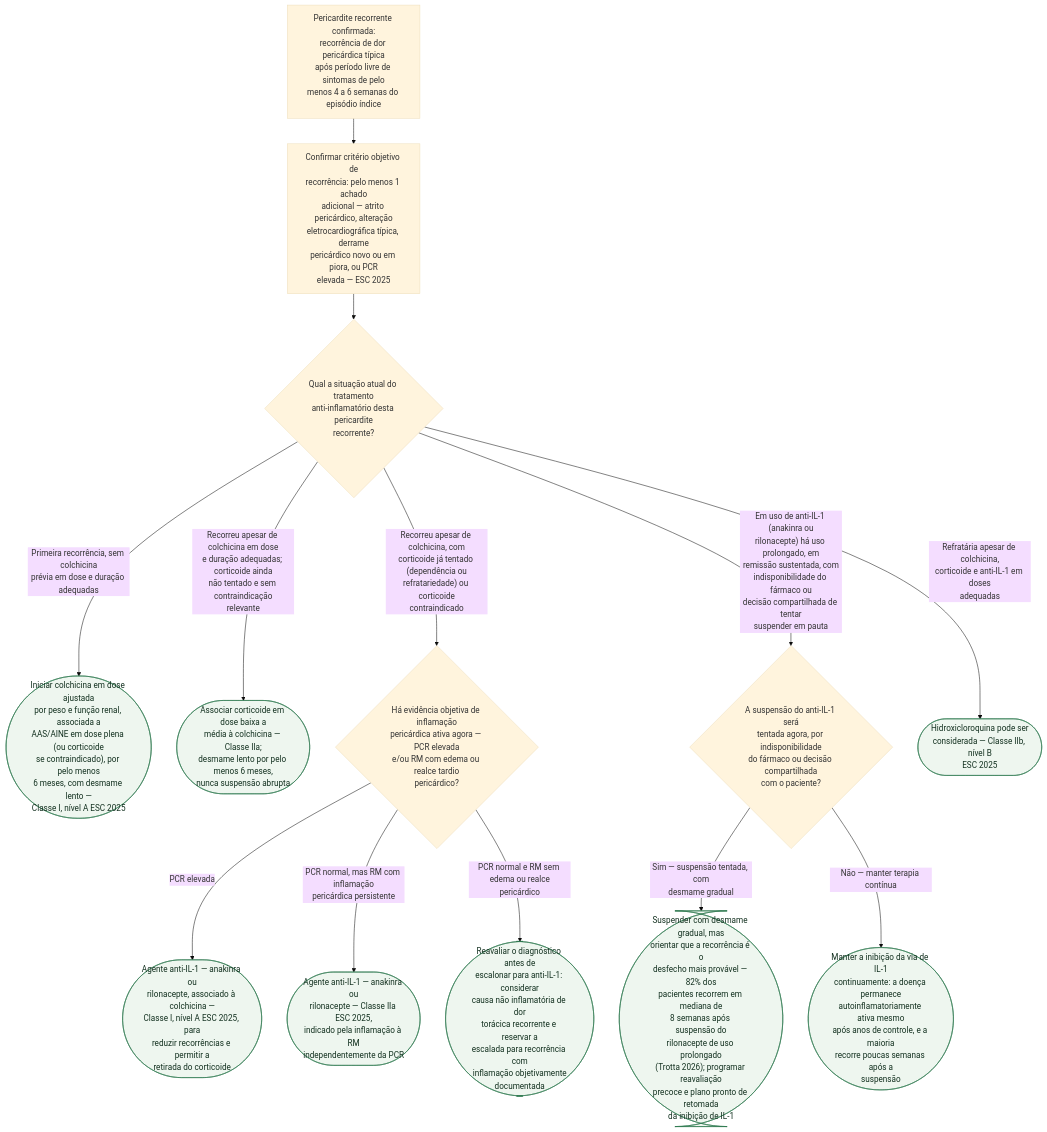
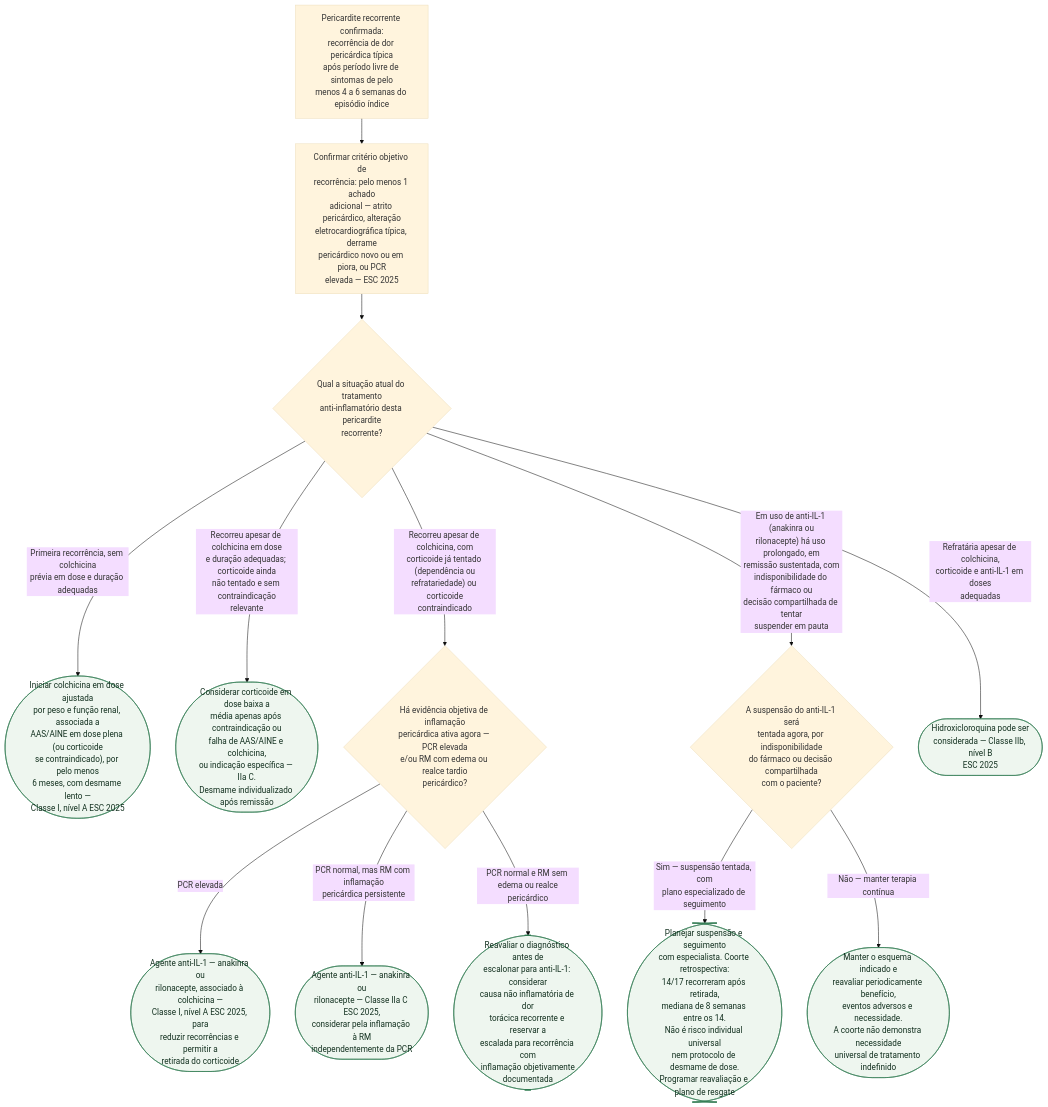
The diagram in content/Pericárdio/fluxograma-pericardite-recorrente-refrataria-escalonamento-terapeutico.md (rafaelpaesmeirelles/MeuCardio), drawn with Mermaid (base theme) before and after one commit. The commit also changed other lines of this file and 30 other files, not shown here.

````diff
--- a/content/Pericárdio/fluxograma-pericardite-recorrente-refrataria-escalonamento-terapeutico.md
+++ b/content/Pericárdio/fluxograma-pericardite-recorrente-refrataria-escalonamento-terapeutico.md
@@ -27,29 +18,29 @@
 ```mermaid
 flowchart TD
   R0["Pericardite recorrente confirmada:<br/>recorrência de dor pericárdica típica<br/>após período livre de sintomas de pelo<br/>menos 4 a 6 semanas do episódio índice"] --> P1["Confirmar critério objetivo de<br/>recorrência: pelo menos 1 achado<br/>adicional — atrito pericárdico, alteração<br/>eletrocardiográfica típica, derrame<br/>pericárdico novo ou em piora, ou PCR<br/>elevada — ESC 2025"]
 
   P1 --> D1{"Qual a situação atual do tratamento<br/>anti-inflamatório desta pericardite<br/>recorrente?"}
 
   D1 -->|"Primeira recorrência, sem colchicina<br/>prévia em dose e duração adequadas"| C1(["Iniciar colchicina em dose ajustada<br/>por peso e função renal, associada a<br/>AAS/AINE em dose plena (ou corticoide<br/>se contraindicado), por pelo menos<br/>6 meses, com desmame lento —<br/>Classe I, nível A ESC 2025"])
 
-  D1 -->|"Recorreu apesar de colchicina em dose<br/>e duração adequadas; corticoide ainda<br/>não tentado e sem contraindicação<br/>relevante"| C2(["Associar corticoide em dose baixa a<br/>média à colchicina — Classe IIa;<br/>desmame lento por pelo menos 6 meses,<br/>nunca suspensão abrupta"])
+  D1 -->|"Recorreu apesar de colchicina em dose<br/>e duração adequadas; corticoide ainda<br/>não tentado e sem contraindicação<br/>relevante"| C2(["Considerar corticoide em dose baixa a<br/>média apenas após contraindicação ou<br/>falha de AAS/AINE e colchicina,<br/>ou indicação específica — IIa C.<br/>Desmame individualizado após remissão"])
 
   D1 -->|"Recorreu apesar de colchicina, com<br/>corticoide já tentado (dependência ou<br/>refratariedade) ou corticoide<br/>contraindicado"| D2{"Há evidência objetiva de inflamação<br/>pericárdica ativa agora — PCR elevada<br/>e/ou RM com edema ou realce tardio<br/>pericárdico?"}
 
   D1 -->|"Em uso de anti-IL-1 (anakinra ou<br/>rilonacepte) há uso prolongado, em<br/>remissão sustentada, com<br/>indisponibilidade do fármaco ou<br/>decisão compartilhada de tentar<br/>suspender em pauta"| D3{"A suspensão do anti-IL-1 será<br/>tentada agora, por indisponibilidade<br/>do fármaco ou decisão compartilhada<br/>com o paciente?"}
 
   D1 -->|"Refratária apesar de colchicina,<br/>corticoide e anti-IL-1 em doses<br/>adequadas"| C7(["Hidroxicloroquina pode ser<br/>considerada — Classe IIb, nível B<br/>ESC 2025"])
 
   D2 -->|"PCR elevada"| C3(["Agente anti-IL-1 — anakinra ou<br/>rilonacepte, associado à colchicina —<br/>Classe I, nível A ESC 2025, para<br/>reduzir recorrências e permitir a<br/>retirada do corticoide"])
 
-  D2 -->|"PCR normal, mas RM com inflamação<br/>pericárdica persistente"| C4(["Agente anti-IL-1 — anakinra ou<br/>rilonacepte — Classe IIa ESC 2025,<br/>indicado pela inflamação à RM<br/>independentemente da PCR"])
+  D2 -->|"PCR normal, mas RM com inflamação<br/>pericárdica persistente"| C4(["Agente anti-IL-1 — anakinra ou<br/>rilonacepte — Classe IIa C ESC 2025,<br/>considerar pela inflamação à RM<br/>independentemente da PCR"])
 
   D2 -->|"PCR normal e RM sem edema ou realce<br/>pericárdico"| C5(["Reavaliar o diagnóstico antes de<br/>escalonar para anti-IL-1: considerar<br/>causa não inflamatória de dor<br/>torácica recorrente e reservar a<br/>escalada para recorrência com<br/>inflamação objetivamente<br/>documentada"])
 
-  D3 -->|"Sim — suspensão tentada, com<br/>desmame gradual"| C6(["Suspender com desmame gradual, mas<br/>orientar que a recorrência é o<br/>desfecho mais provável — 82% dos<br/>pacientes recorrem em mediana de<br/>8 semanas após suspensão do<br/>rilonacepte de uso prolongado<br/>(Trotta 2026); programar reavaliação<br/>precoce e plano pronto de retomada<br/>da inibição de IL-1"])
+  D3 -->|"Sim — suspensão tentada, com<br/>plano especializado de seguimento"| C6(["Planejar suspensão e seguimento<br/>com especialista. Coorte retrospectiva:<br/>14/17 recorreram após retirada,<br/>mediana de 8 semanas entre os 14.<br/>Não é risco individual universal<br/>nem protocolo de desmame de dose.<br/>Programar reavaliação e plano de resgate"])
 
-  D3 -->|"Não — manter terapia contínua"| C8(["Manter a inibição da via de IL-1<br/>continuamente: a doença permanece<br/>autoinflamatoriamente ativa mesmo<br/>após anos de controle, e a maioria<br/>recorre poucas semanas após a<br/>suspensão"])
+  D3 -->|"Não — manter terapia contínua"| C8(["Manter o esquema indicado e<br/>reavaliar periodicamente benefício,<br/>eventos adversos e necessidade.<br/>A coorte não demonstra necessidade<br/>universal de tratamento indefinido"])
 
   classDef conduta fill:#eef6ef,stroke:#2f7a4f,color:#12301f;
   class C1,C2,C3,C4,C5,C6,C7,C8 conduta;
 ```
````
